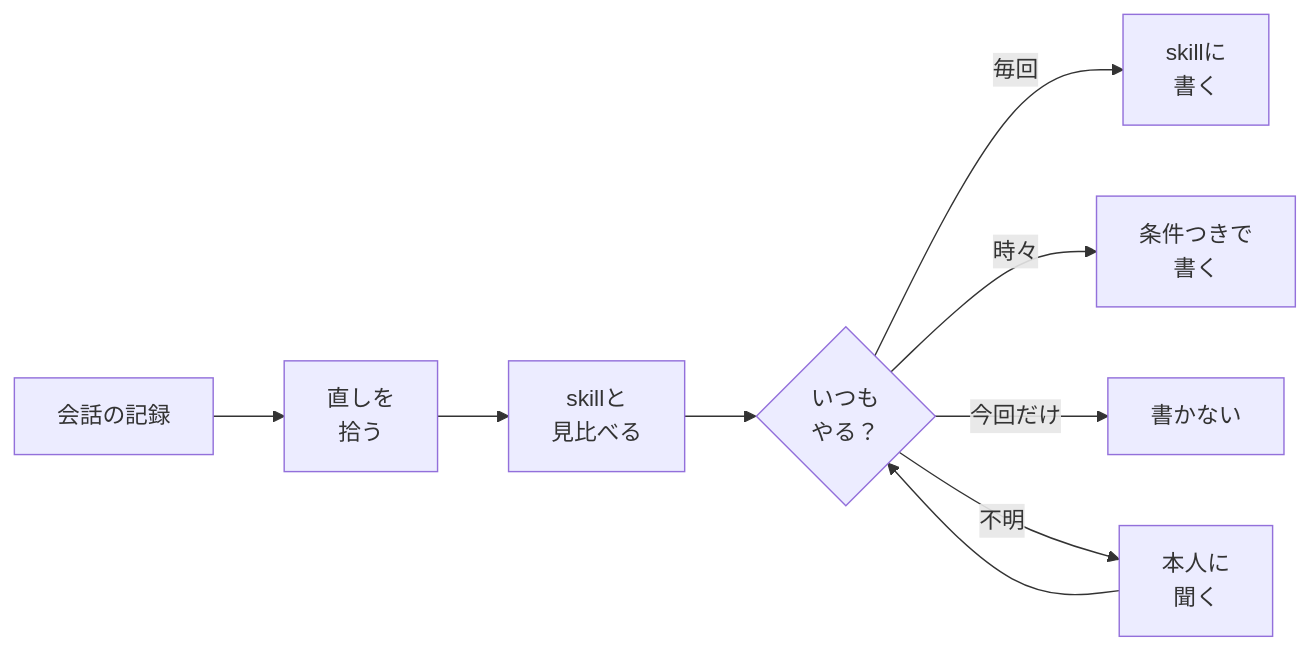
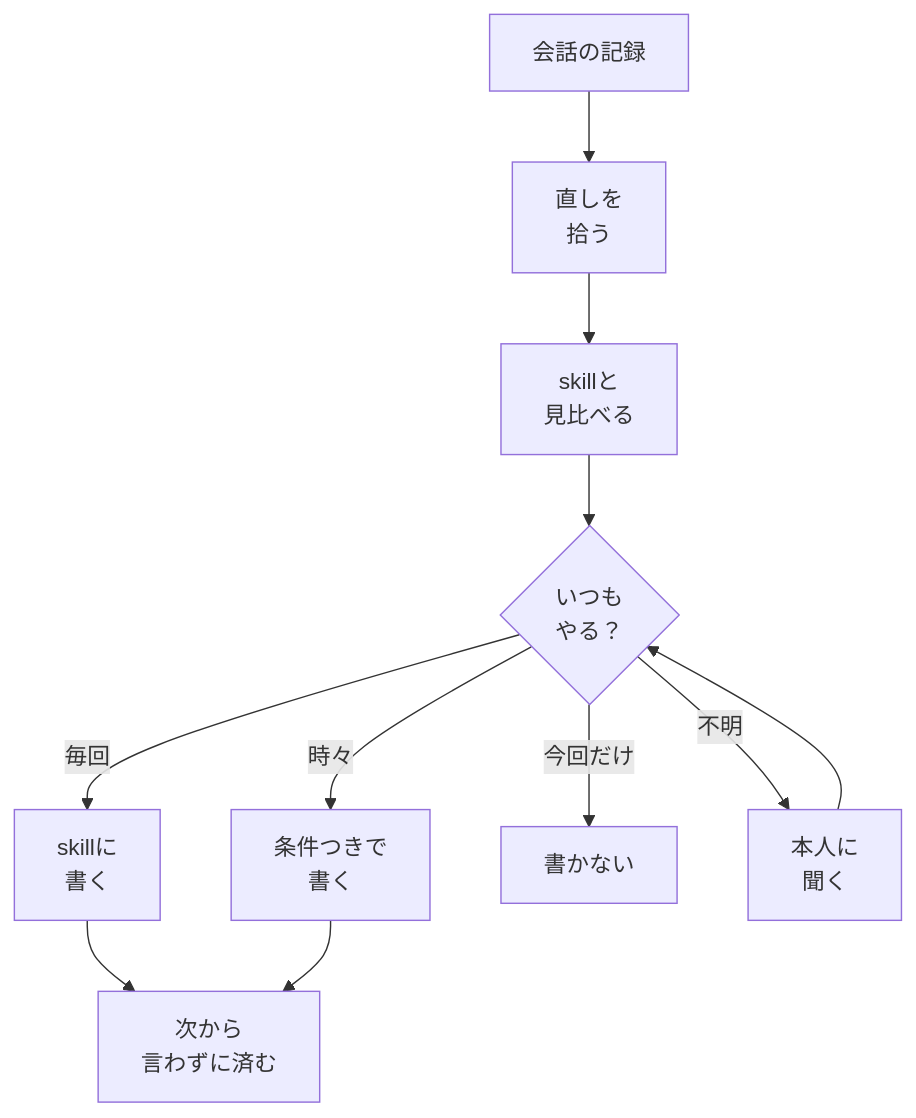
The first of 2 diagrams in README.md (tamacolet/skill-eval), drawn with Mermaid before and after one commit. The commit also changed other lines of this file, not shown here.

Commit message:
docs: 図がGitHubの拡大ボタンと重ならない並びにする

````diff
--- a/README.md
+++ b/README.md
@@ -11,11 +11,13 @@
 ```mermaid
-flowchart LR
+flowchart TD
   A["会話の記録"] --> B["直しを<br>拾う"]
   B --> C["skillと<br>見比べる"]
   C --> D{"いつも<br>やる？"}
   D -->|"毎回"| E["skillに<br>書く"]
   D -->|"時々"| F["条件つきで<br>書く"]
   D -->|"今回だけ"| G["書かない"]
   D -->|"不明"| H["本人に<br>聞く"]
   H --> D
+  E --> Z["次から<br>言わずに済む"]
+  F --> Z
 ```
````
